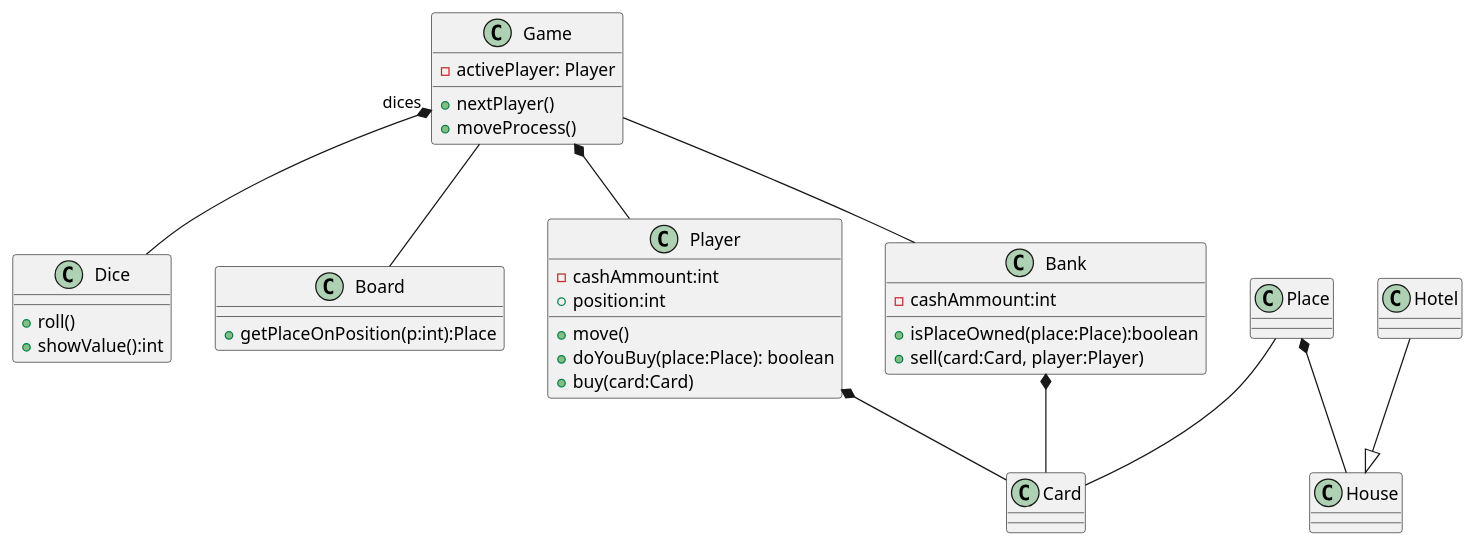
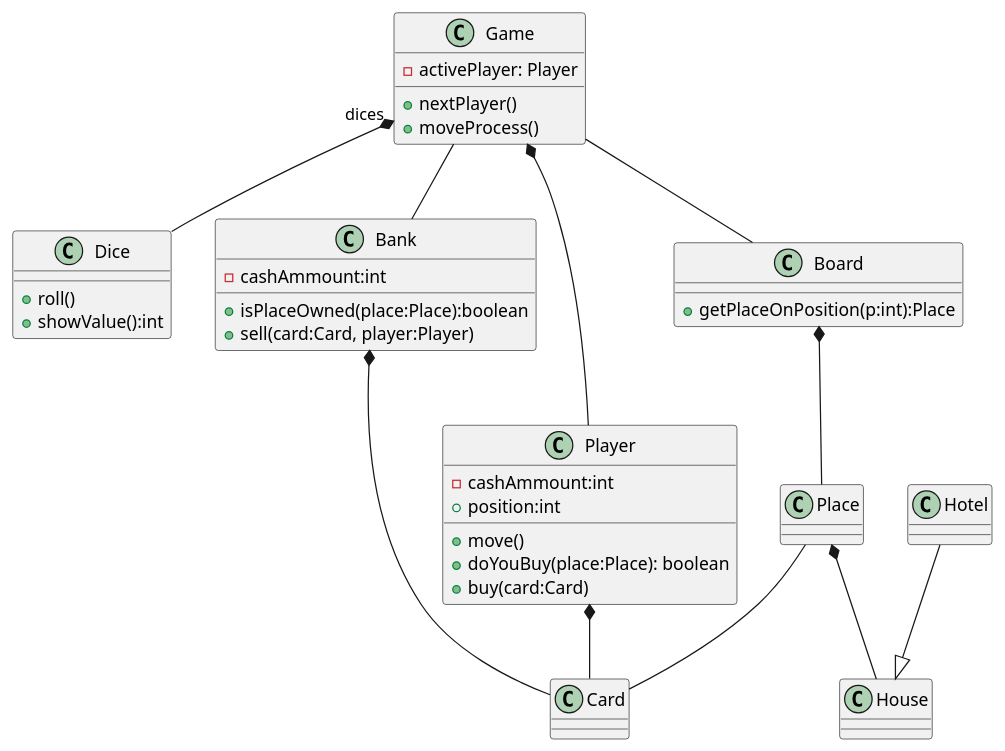
Before and after one commit to kpodlaski/ProjObj2019: the diagram in dzienne/gr2/monopoly/class_diagram.plantuml, drawn with PlantUML. The commit also changed 2 other files, not shown here.

```diff
--- a/dzienne/gr2/monopoly/class_diagram.plantuml
+++ b/dzienne/gr2/monopoly/class_diagram.plantuml
@@ -1,58 +1,55 @@
 @startuml
-
 Game "dices" *-- Dice
 Game -- Board
+Board *-- Place
+Place -- Card
 Player *-- Card
 Bank *-- Card
-Place -- Card
+Hotel --|> House
+Place *-- House
 Game -- Bank
 Game *-- Player
-Hotel --|> House
-Place *-- House
-' Komentarz
-/'
-Komentarz
-'/
+
 class Dice{
     +roll()
     +showValue():int
 }
 'Controller of the game process'
 class Game{
     -activePlayer: Player
     +nextPlayer()
     'implements move activity diagram'
     +moveProcess()
 }
 class Board{
     +getPlaceOnPosition(p:int):Place
 }
 class Bank{
     -cashAmmount:int
     +isPlaceOwned(place:Place):boolean
     /' 
         sell - operations:
         increase ammount, 
         remove card from bank,
         invoke buy on player
     '/
     +sell(card:Card, player:Player)
 }
 class Place
 class Player{
     -cashAmmount:int
     +position:int 
     +move()
     +doYouBuy(place:Place): boolean
     /' 
         buy - operations:
         decrease ammount, 
         add card
     '/
     +buy(card:Card)
 }
 class Card
 class House
 class Hotel
 
 @enduml
```
